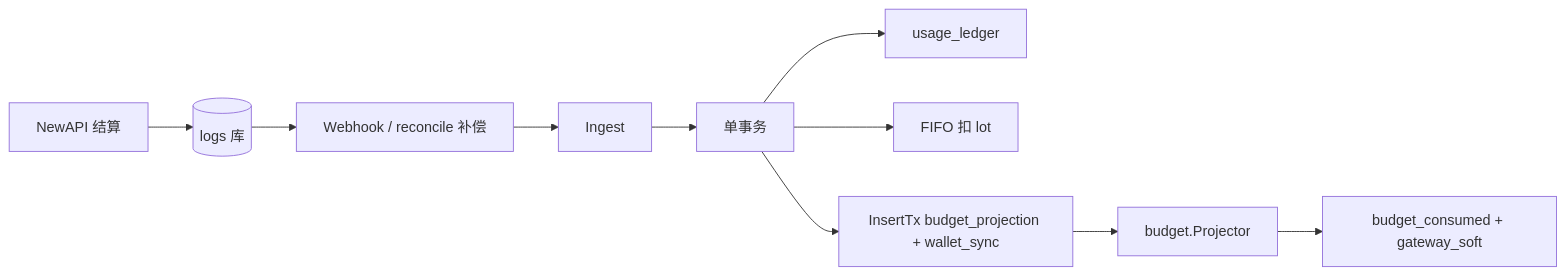
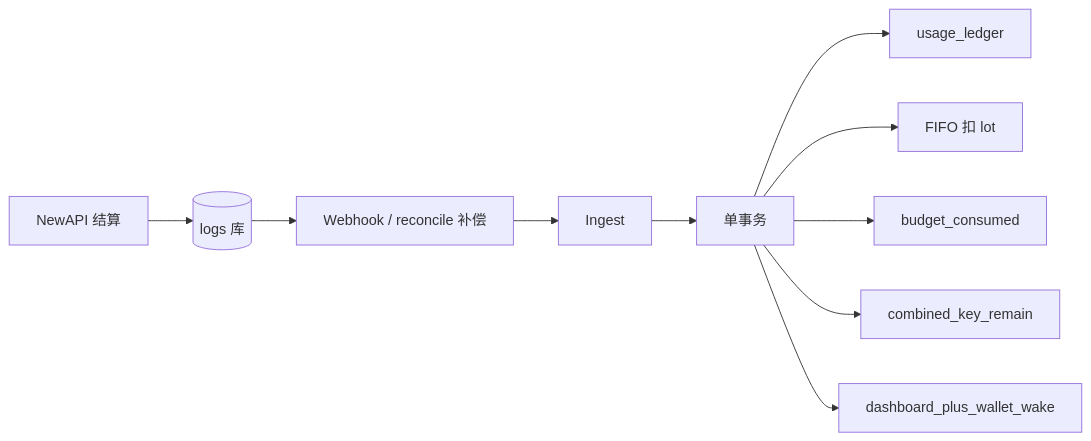
One commit to quyip8818/mytokenjoy changed the seventh of 10 diagrams in docs/Backend-预算.md. Above: the diagram before and after it, drawn with Mermaid. The commit also changed other lines of this file and 99 other files, not shown here.

````diff
--- a/docs/Backend-预算.md
+++ b/docs/Backend-预算.md
@@ -305,12 +305,12 @@
 ```mermaid
 flowchart LR
   NA[NewAPI 结算] --> LOGS[(logs 库)]
   LOGS --> WH[Webhook / reconcile 补偿]
   WH --> ING[Ingest]
   ING --> TX[单事务]
   TX --> L[usage_ledger]
   TX --> F[FIFO 扣 lot]
-  TX --> Q[InsertTx budget_projection + wallet_sync]
-  Q --> BP[budget.Projector]
-  BP --> BC[budget_consumed + gateway_soft]
+  TX --> BC[budget_consumed]
+  TX --> CK[combined_key_remain]
+  TX --> Q[dashboard_plus_wallet_wake]
 ```
````
